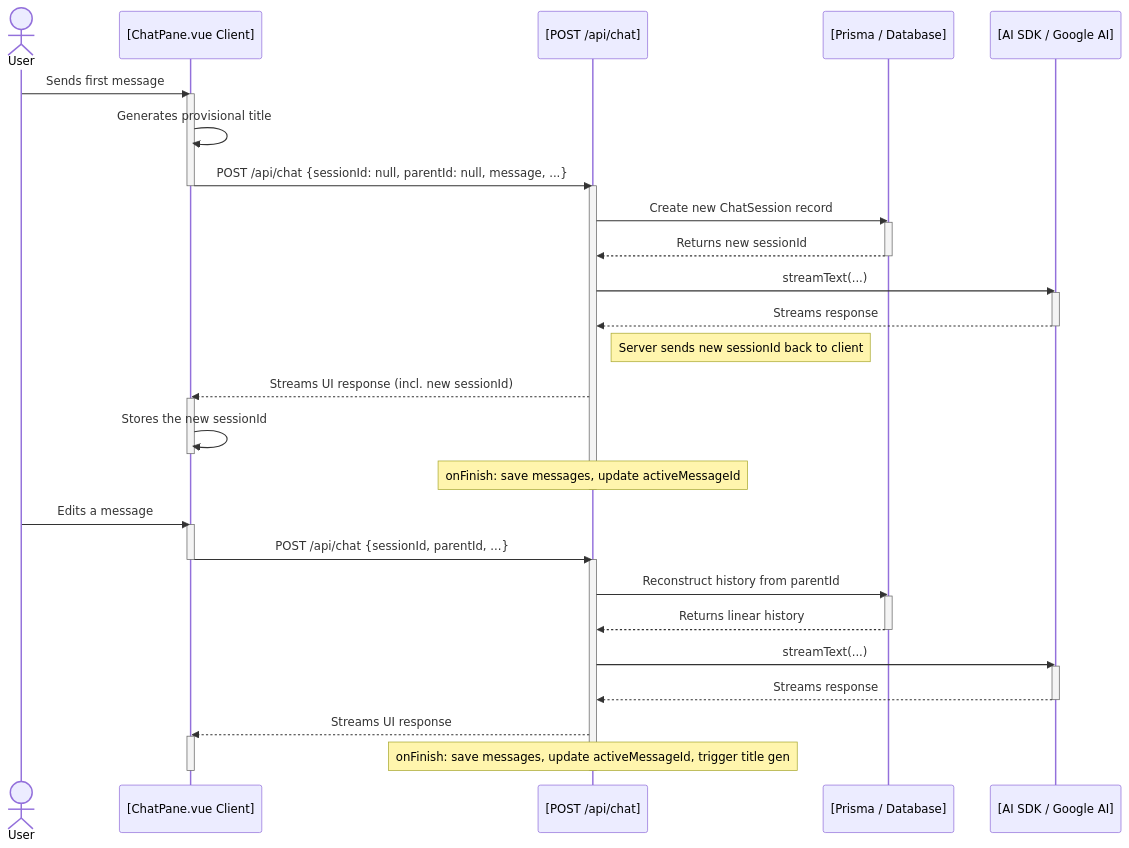
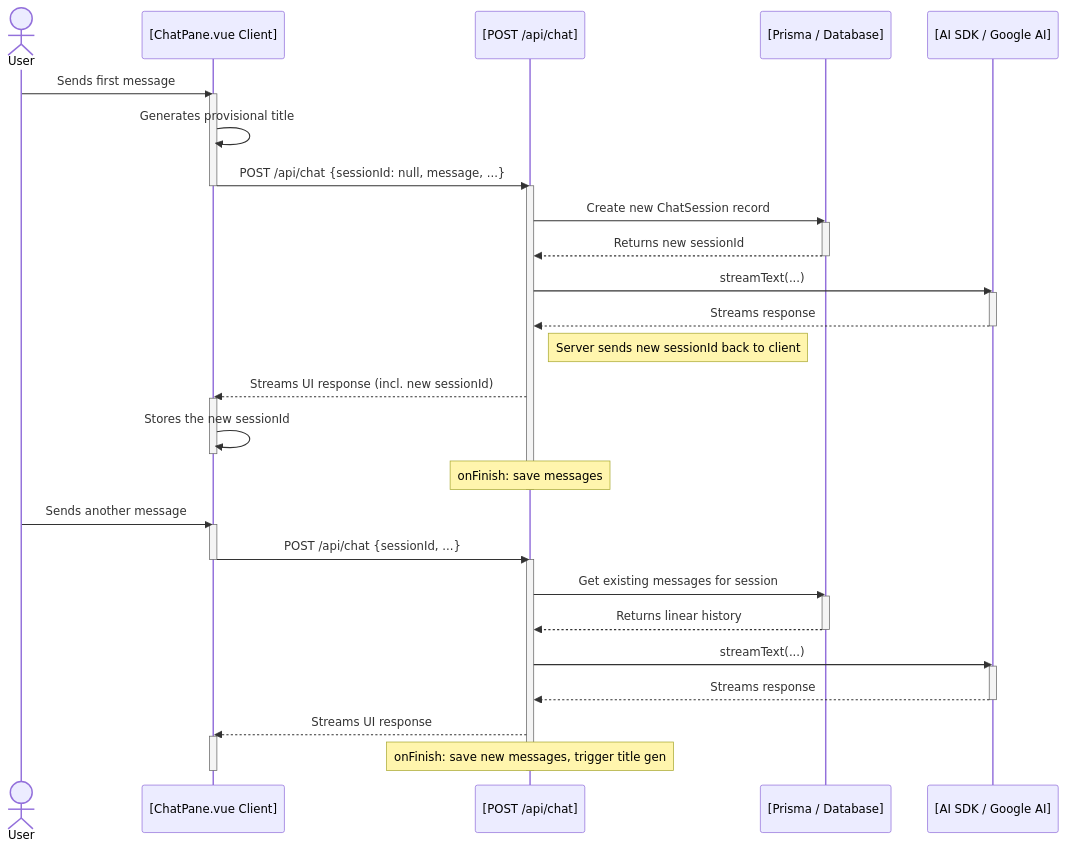
The first of 2 diagrams in .docs/vue-chat-persistence.md (PramaAditya/nuxt_template), drawn with Mermaid before and after one commit. The commit also changed other lines of this file, not shown here.

Commit message:
feat: update chat persistence plan to support linear conversation model and remove branching logic

````diff
--- a/.docs/vue-chat-persistence.md
+++ b/.docs/vue-chat-persistence.md
@@ -66,55 +58,55 @@
 ```mermaid
 sequenceDiagram
     actor User
     participant ChatPaneVue as [ChatPane.vue Client]
     participant ChatPostAPI as [POST /api/chat]
     participant PrismaDB as [Prisma / Database]
     participant AISDK as [AI SDK / Google AI]
 
     %% New Chat Flow
     User->>ChatPaneVue: Sends first message
     activate ChatPaneVue
     ChatPaneVue->>ChatPaneVue: Generates provisional title
-    ChatPaneVue->>ChatPostAPI: POST /api/chat {sessionId: null, parentId: null, message, ...}
+    ChatPaneVue->>ChatPostAPI: POST /api/chat {sessionId: null, message, ...}
     deactivate ChatPaneVue
     activate ChatPostAPI
 
     ChatPostAPI->>PrismaDB: Create new ChatSession record
     activate PrismaDB
     PrismaDB-->>ChatPostAPI: Returns new sessionId
     deactivate PrismaDB
 
     ChatPostAPI->>AISDK: streamText(...)
     activate AISDK
     AISDK-->>ChatPostAPI: Streams response
     deactivate AISDK
     
     Note right of ChatPostAPI: Server sends new sessionId back to client
     ChatPostAPI-->>ChatPaneVue: Streams UI response (incl. new sessionId)
     activate ChatPaneVue
     ChatPaneVue->>ChatPaneVue: Stores the new sessionId
     deactivate ChatPaneVue
 
-    Note over ChatPostAPI: onFinish: save messages, update activeMessageId
+    Note over ChatPostAPI: onFinish: save messages
     deactivate ChatPostAPI
     
-    %% Existing Chat / Branching Flow
-    User->>ChatPaneVue: Edits a message
+    %% Existing Chat Flow
+    User->>ChatPaneVue: Sends another message
     activate ChatPaneVue
-    ChatPaneVue->>ChatPostAPI: POST /api/chat {sessionId, parentId, ...}
+    ChatPaneVue->>ChatPostAPI: POST /api/chat {sessionId, ...}
     deactivate ChatPaneVue
     activate ChatPostAPI
-    ChatPostAPI->>PrismaDB: Reconstruct history from parentId
+    ChatPostAPI->>PrismaDB: Get existing messages for session
     activate PrismaDB
     PrismaDB-->>ChatPostAPI: Returns linear history
     deactivate PrismaDB
     ChatPostAPI->>AISDK: streamText(...)
     activate AISDK
     AISDK-->>ChatPostAPI: Streams response
     deactivate AISDK
     ChatPostAPI-->>ChatPaneVue: Streams UI response
     activate ChatPaneVue
-    Note over ChatPostAPI: onFinish: save messages, update activeMessageId, trigger title gen
+    Note over ChatPostAPI: onFinish: save new messages, trigger title gen
     deactivate ChatPostAPI
     deactivate ChatPaneVue
 ```
````
